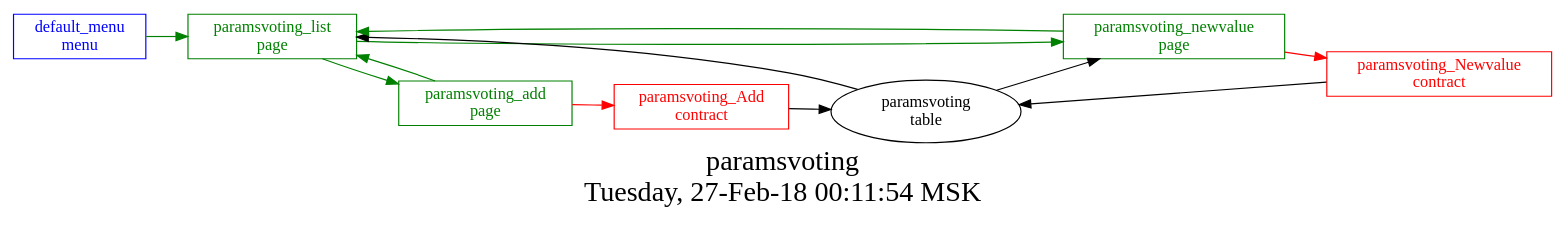
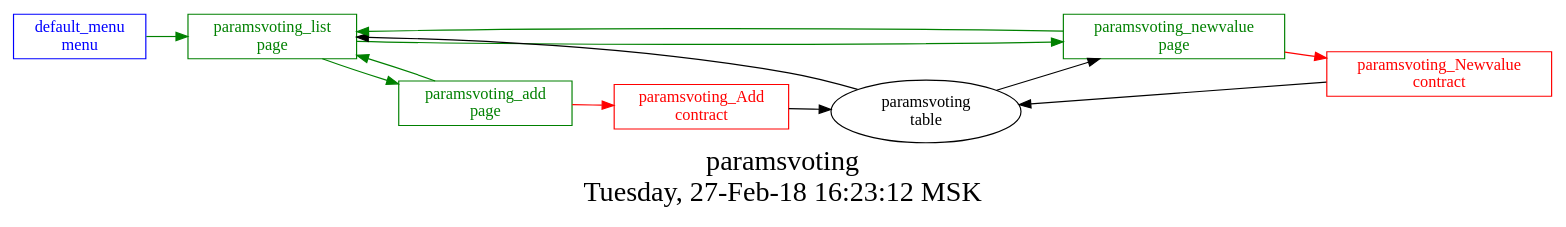
Before and after one commit to AplaProject/apps: the diagram in src/paramsvoting/struct.dot, drawn with Graphviz. The commit also changed 20 other files, not shown here.

```diff
--- a/src/paramsvoting/struct.dot
+++ b/src/paramsvoting/struct.dot
@@ -1,28 +1,28 @@
 digraph G {
 graph [
-  fontsize="24.0";
-  label="paramsvoting\nTuesday, 27-Feb-18 00:11:54 MSK";
+  fontsize="24";
+  label="paramsvoting\nTuesday, 27-Feb-18 16:23:12 MSK";
   nojustify=true;
   ordering=out;
   rankdir=LR;
   size="30";
 ];
 "default_menu\nmenu" -> "paramsvoting_list\npage"  [ color=green ]
 "default_menu\nmenu" [color=blue, fontcolor=blue, group=menus, shape=record];
 "paramsvoting_add\npage" -> "paramsvoting_Add\ncontract"  [ color=red ]
 "paramsvoting_add\npage" -> "paramsvoting_list\npage"  [ color=green ]
 "paramsvoting_add\npage" [color=green, fontcolor=green, group=pages, shape=record];
 "paramsvoting\ntable" -> "paramsvoting_list\npage"  [ color="" ]
 "paramsvoting_list\npage" -> "paramsvoting_newvalue\npage"  [ color=green ]
 "paramsvoting_list\npage" -> "paramsvoting_add\npage"  [ color=green ]
 "paramsvoting_list\npage" [color=green, fontcolor=green, group=pages, shape=record];
 "paramsvoting_newvalue\npage" -> "paramsvoting_Newvalue\ncontract"  [ color=red ]
 "paramsvoting\ntable" -> "paramsvoting_newvalue\npage"  [ color="" ]
 "paramsvoting_newvalue\npage" -> "paramsvoting_list\npage"  [ color=green ]
 "paramsvoting_newvalue\npage" [color=green, fontcolor=green, group=pages, shape=record];
 "paramsvoting_Add\ncontract" -> "paramsvoting\ntable"  [ color="" ]
 "paramsvoting_Add\ncontract" [color=red, fontcolor=red, group=contracts, shape=record];
 "paramsvoting_Newvalue\ncontract" -> "paramsvoting\ntable"  [ color="" ]
 "paramsvoting_Newvalue\ncontract" [color=red, fontcolor=red, group=contracts, shape=record];
 "paramsvoting\ntable" [color="", fontcolor="", group=tables, shape=""];
 }
```
